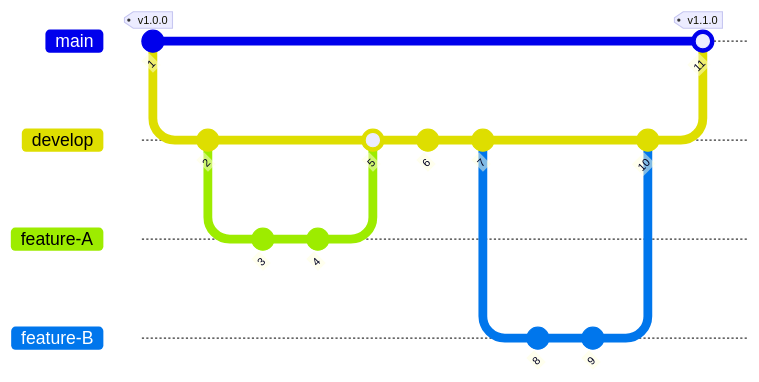
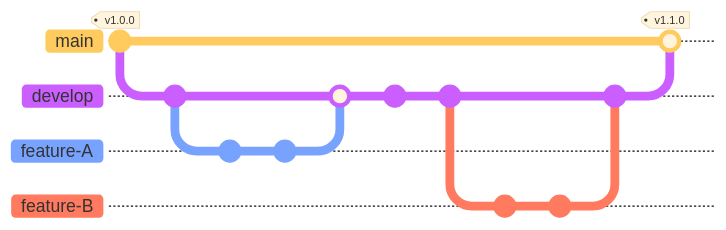
One commit to NCEAS/metacatui changed the diagram in CONTRIBUTING.md. Above: the diagram before and after it, drawn with Mermaid. The commit also changed other lines of this file, not shown here.

````diff
--- a/CONTRIBUTING.md
+++ b/CONTRIBUTING.md
@@ -102,33 +316,31 @@
 ```mermaid
-%%{init: {  'theme': 'base',
 %%{init: {  'theme': 'base',
             'gitGraph': {
                 'rotateCommitLabel': false,
                 'showCommitLabel': false
-            },
             },
             'themeVariables': {
               'commitLabelColor': '#ffffffff',
               'commitLabelBackground': '#000000'
             }
 }}%%
 gitGraph
     commit id: "1" tag: "v1.0.0"
     branch develop
     checkout develop
     commit id: "2"
     branch feature-A
     commit id: "3"
     commit id: "4"
     checkout develop
     merge feature-A id: "5"
     commit id: "6"
     commit id: "7"
     branch feature-B
     commit id: "8"
     commit id: "9"
     checkout develop
     merge feature-B  id: "10" type: NORMAL
     checkout main
     merge develop id: "11" tag: "v1.1.0"
 ```
````
